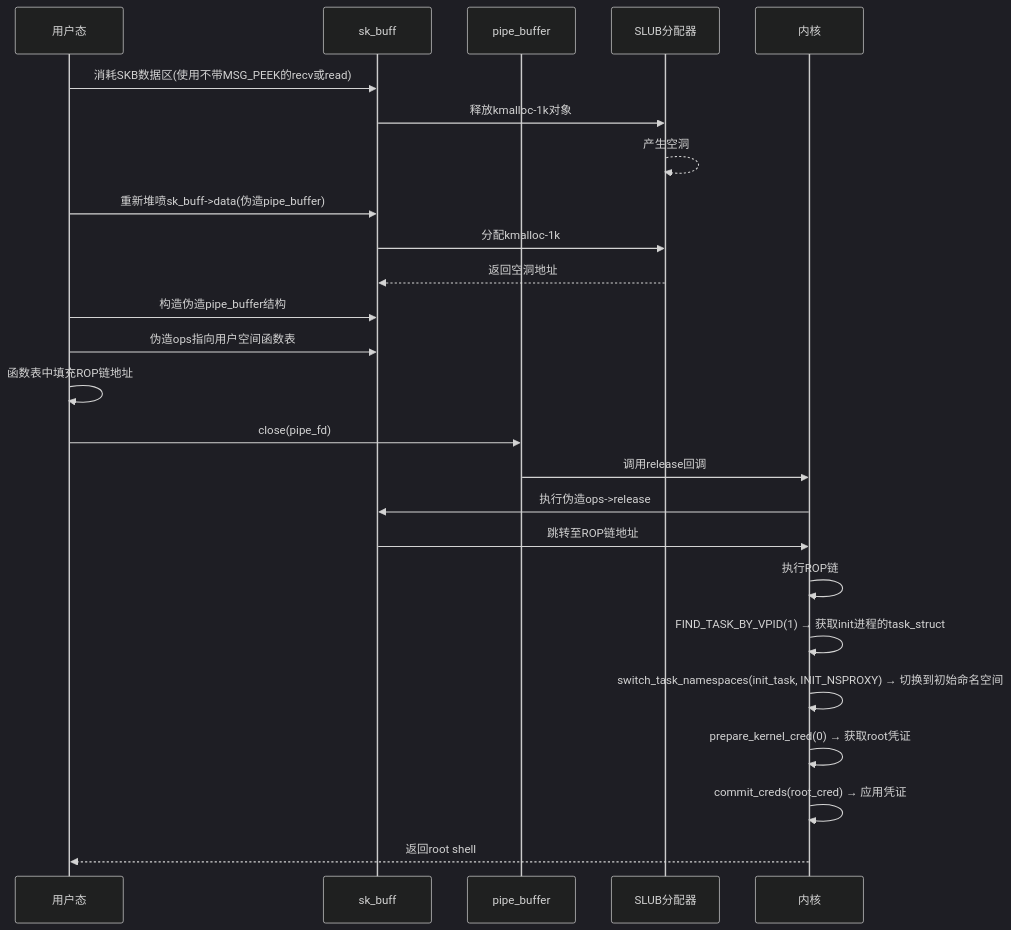
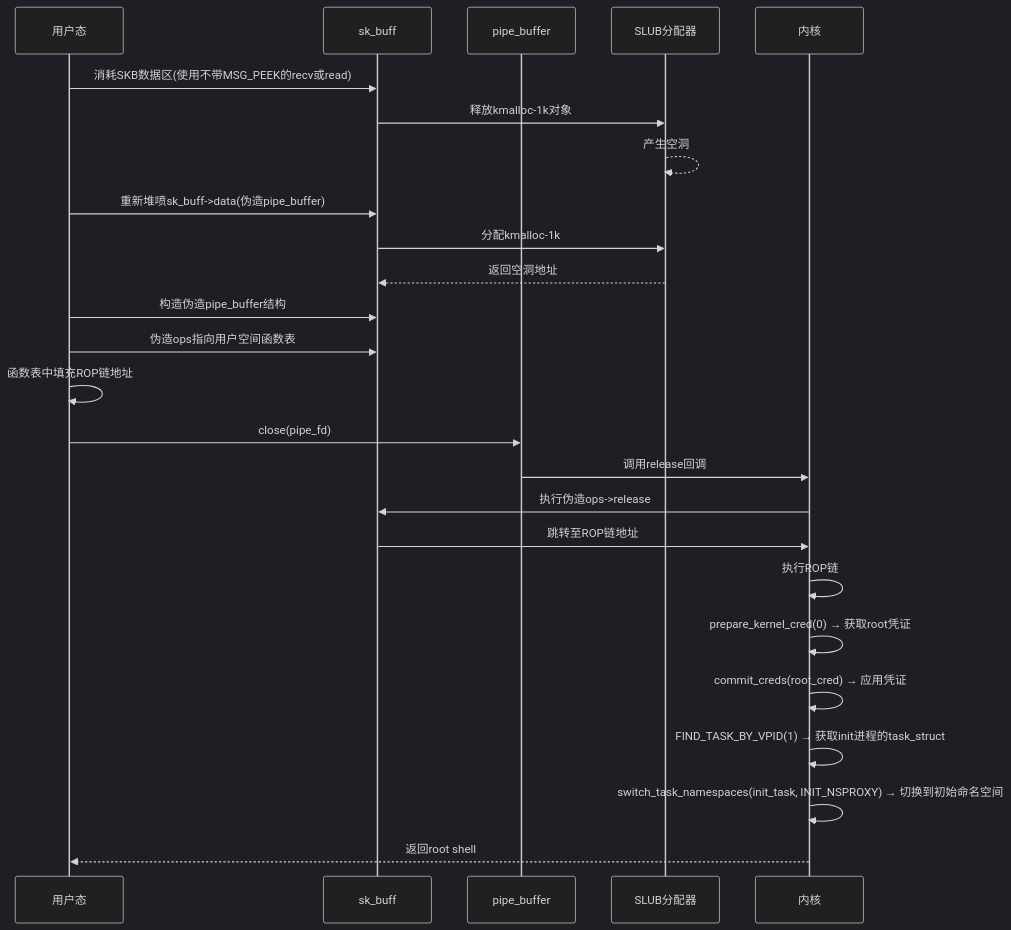
Before and after one commit to BinRacer/BinRacer.github.io: the ninth of 13 diagrams in _posts/2026-06-20-KernelExploit-CVE-2022-0995.md, drawn with Mermaid (dark theme). The commit also changed other lines of this file and 1 other file, not shown here.

Commit message:
update 【Kernel Exploit】CVE-2022-0995 漏洞分析

````diff
--- a/_posts/2026-06-20-KernelExploit-CVE-2022-0995.md
+++ b/_posts/2026-06-20-KernelExploit-CVE-2022-0995.md
@@ -972,28 +972,28 @@
 ```mermaid
 sequenceDiagram
     participant User as 用户态
     participant SKB as sk_buff
     participant Pipe as pipe_buffer
     participant Slab as SLUB分配器
     participant Kernel as 内核
 
     User->>SKB: 消耗SKB数据区(使用不带MSG_PEEK的recv或read)
     SKB->>Slab: 释放kmalloc-1k对象
     Slab-->>Slab: 产生空洞
     User->>SKB: 重新堆喷sk_buff->data(伪造pipe_buffer)
     SKB->>Slab: 分配kmalloc-1k
     Slab-->>SKB: 返回空洞地址
     User->>SKB: 构造伪造pipe_buffer结构
     User->>SKB: 伪造ops指向用户空间函数表
     User->>User: 函数表中填充ROP链地址
     User->>Pipe: close(pipe_fd)
     Pipe->>Kernel: 调用release回调
     Kernel->>SKB: 执行伪造ops->release
     SKB->>Kernel: 跳转至ROP链地址
     Kernel->>Kernel: 执行ROP链
+    Kernel->>Kernel: prepare_kernel_cred(0) → 获取root凭证
+    Kernel->>Kernel: commit_creds(root_cred) → 应用凭证
     Kernel->>Kernel: FIND_TASK_BY_VPID(1) → 获取init进程的task_struct
     Kernel->>Kernel: switch_task_namespaces(init_task, INIT_NSPROXY) → 切换到初始命名空间
-    Kernel->>Kernel: prepare_kernel_cred(0) → 获取root凭证
-    Kernel->>Kernel: commit_creds(root_cred) → 应用凭证
     Kernel-->>User: 返回root shell
 ```
````
